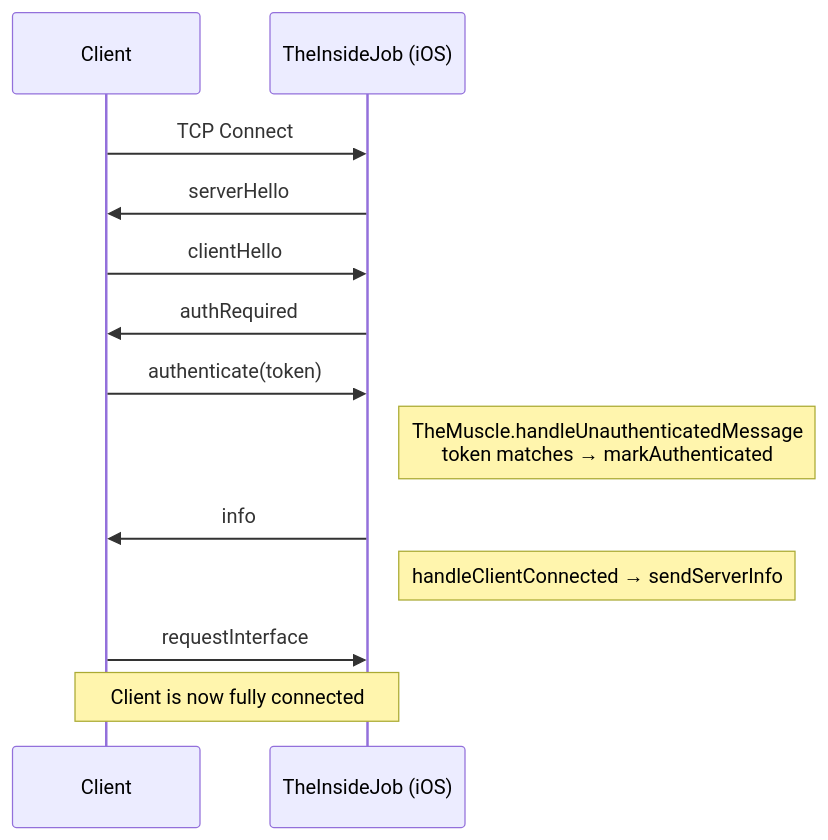
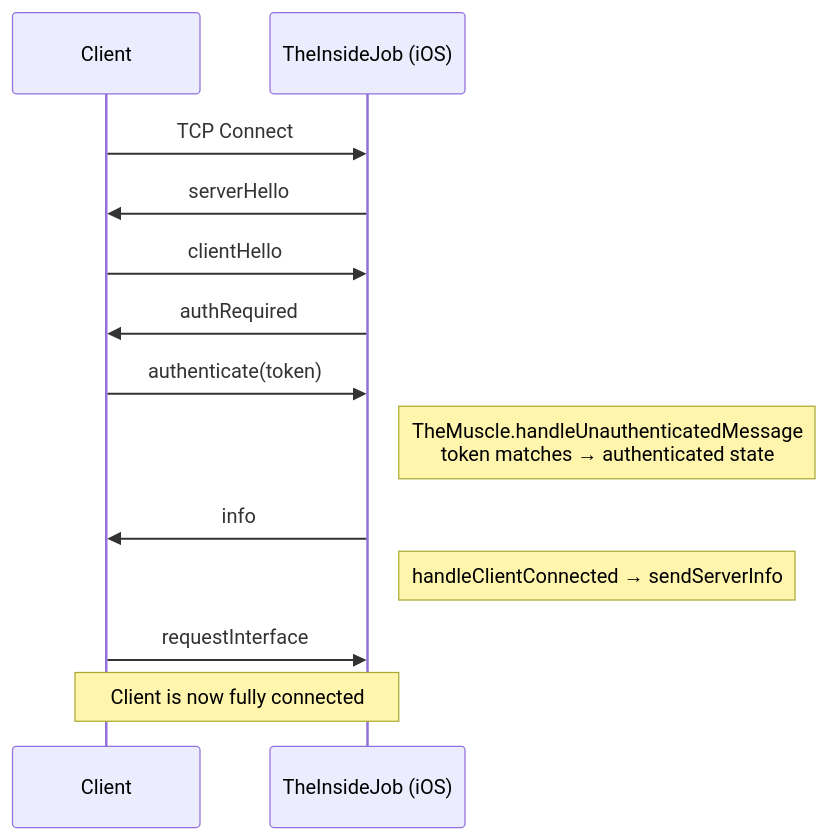
The second of 7 diagrams in docs/AUTH.md (RoyalPineapple/TheButtonHeist), drawn with Mermaid before and after one commit. The commit also changed other lines of this file and 27 other files, not shown here.

````diff
--- a/docs/AUTH.md
+++ b/docs/AUTH.md
@@ -95,16 +95,16 @@
 ```mermaid
 sequenceDiagram
     participant Client
     participant TheInsideJob as TheInsideJob (iOS)
 
     Client->>TheInsideJob: TCP Connect
     TheInsideJob->>Client: serverHello
     Client->>TheInsideJob: clientHello
     TheInsideJob->>Client: authRequired
     Client->>TheInsideJob: authenticate(token)
-    Note right of TheInsideJob: TheMuscle.handleUnauthenticatedMessage<br/>token matches → markAuthenticated
+    Note right of TheInsideJob: TheMuscle.handleUnauthenticatedMessage<br/>token matches → authenticated state
     TheInsideJob->>Client: info
     Note right of TheInsideJob: handleClientConnected → sendServerInfo
     Client->>TheInsideJob: requestInterface
     Note over Client,TheInsideJob: Client is now fully connected
 ```
````
